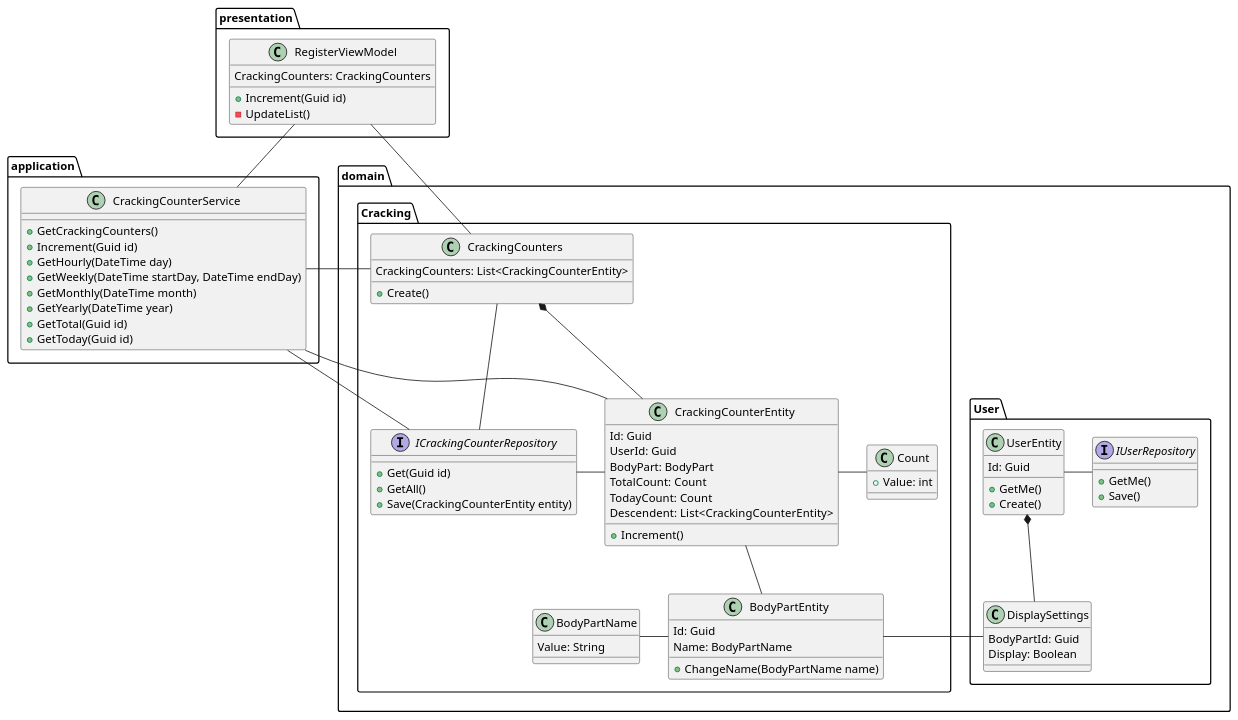
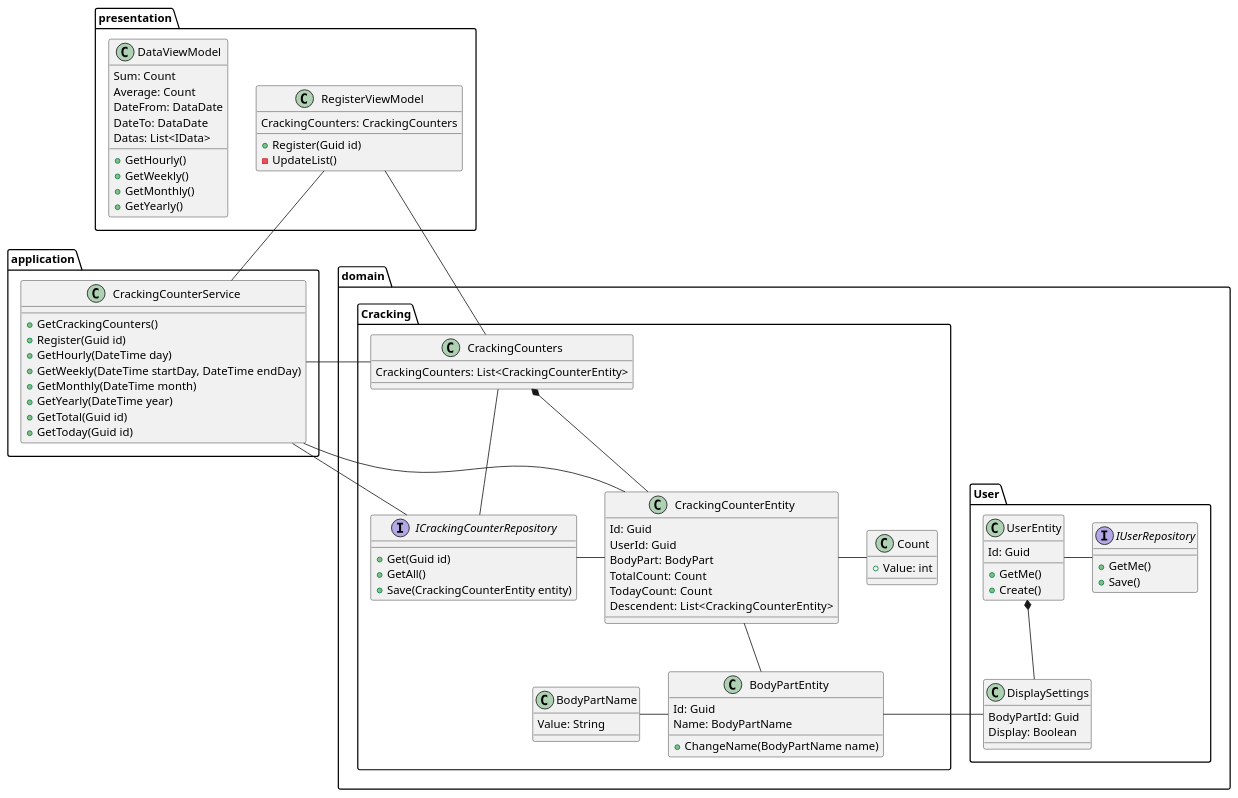
One commit to k2491p/cracking_counter_doc changed the diagram in 06_class/class.wsd. Above: the diagram before and after it, drawn with PlantUML.

Commit message:
update 一覧用に修正

```diff
--- a/06_class/class.wsd
+++ b/06_class/class.wsd
@@ -1,92 +1,102 @@
 @startuml hoge
 
 package domain {
     package User {
         class UserEntity {
             Id: Guid
             +GetMe()
             +Create()
         }
 
         interface IUserRepository {
             +GetMe()
             +Save()
         }
 
         class DisplaySettings {
             BodyPartId: Guid
             Display: Boolean
         }
     }
 
     package Cracking {
         class BodyPartEntity {
             Id: Guid
             Name: BodyPartName
             +ChangeName(BodyPartName name)
         }
         class BodyPartName {
             Value: String
         }
         class Count {
             +Value: int
         }
         class CrackingCounterEntity {
             Id: Guid
             UserId: Guid
             BodyPart: BodyPart
             TotalCount: Count
             TodayCount: Count
             Descendent:  List<CrackingCounterEntity>
-            +Increment()
         }
         class CrackingCounters {
             CrackingCounters: List<CrackingCounterEntity>
-            +Create()
         }
         interface ICrackingCounterRepository {
             +Get(Guid id)
             +GetAll()
             +Save(CrackingCounterEntity entity)
         }
     }
     
 }
 
 package application {
     class CrackingCounterService {
             +GetCrackingCounters()
-            +Increment(Guid id)
+            +Register(Guid id)
             +GetHourly(DateTime day)
             +GetWeekly(DateTime startDay, DateTime endDay)
             +GetMonthly(DateTime month)
             +GetYearly(DateTime year)
             +GetTotal(Guid id)
             +GetToday(Guid id)
         }
 }
 
 package presentation {
     class RegisterViewModel {
         CrackingCounters: CrackingCounters
-        +Increment(Guid id)
+        +Register(Guid id)
         -UpdateList()
+    }
+
+    class DataViewModel {
+        Sum: Count
+        Average: Count
+        DateFrom: DataDate
+        DateTo: DataDate
+        Datas: List<IData>
+        +GetHourly()
+        +GetWeekly()
+        +GetMonthly()
+        +GetYearly()
     }
 }
 
 UserEntity *-- DisplaySettings
 UserEntity - IUserRepository
 BodyPartEntity - DisplaySettings
 BodyPartName - BodyPartEntity
 CrackingCounterEntity - Count
 CrackingCounters *-- CrackingCounterEntity
 CrackingCounterEntity -- BodyPartEntity
 ICrackingCounterRepository - CrackingCounterEntity
 CrackingCounterService - CrackingCounters
 RegisterViewModel -- CrackingCounters
 RegisterViewModel -- CrackingCounterService
 CrackingCounterService -- ICrackingCounterRepository
 CrackingCounters -- ICrackingCounterRepository
 CrackingCounterService -- CrackingCounterEntity
 
 @enduml
```
